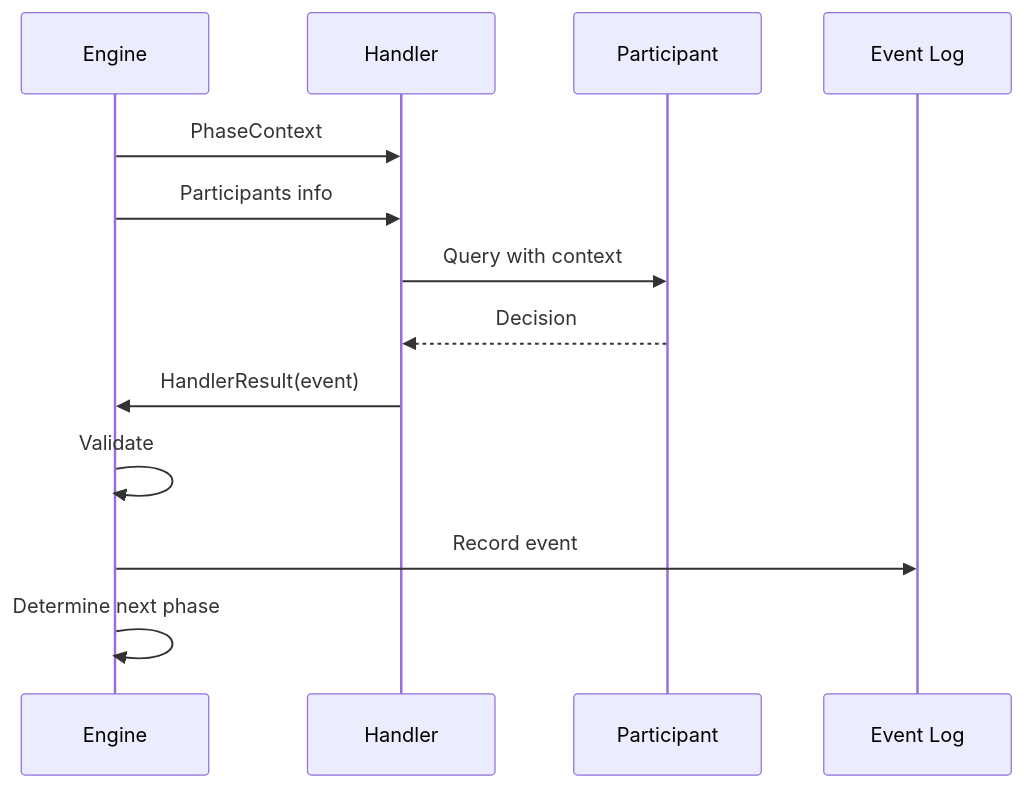
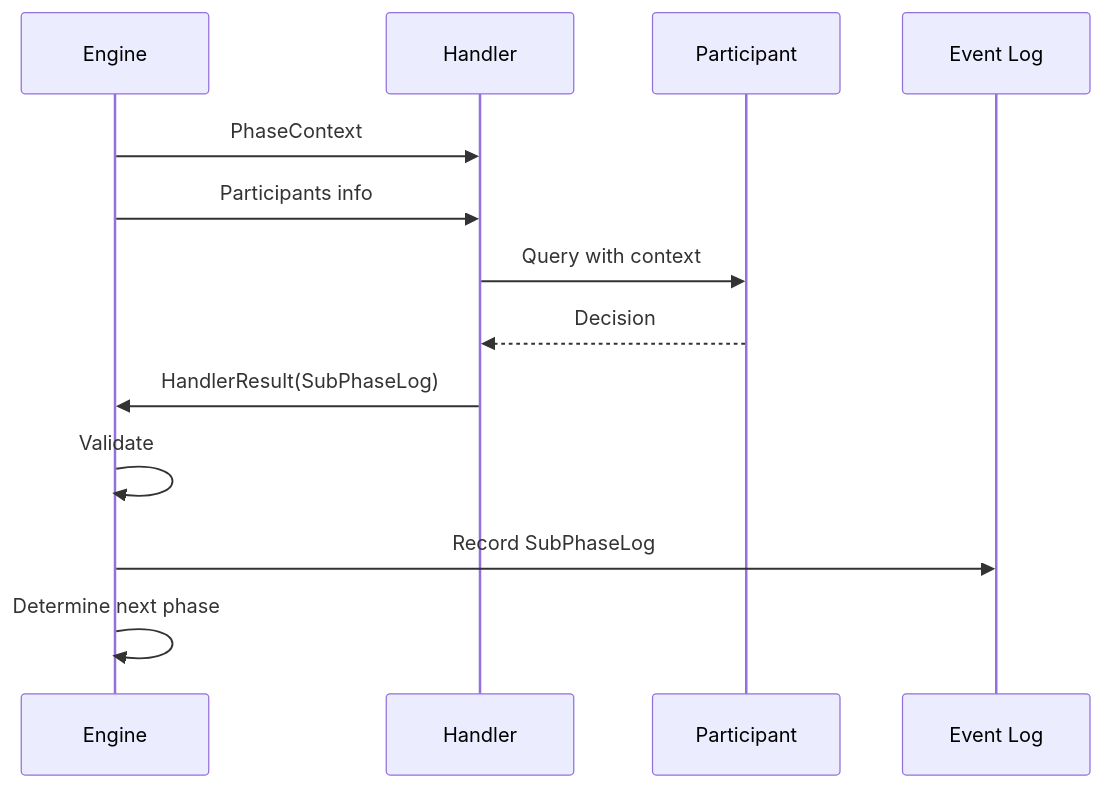
Before and after one commit to JerryAZR/werewolf-ai: the third of 3 diagrams in PHASE_HANDLERS.md, drawn with Mermaid. The commit also changed other lines of this file and 2 other files, not shown here.

First line of the commit message:
refactor: consolidate death handling and update handler interface

````diff
--- a/PHASE_HANDLERS.md
+++ b/PHASE_HANDLERS.md
@@ -595,19 +456,19 @@
 ```mermaid
 sequenceDiagram
     participant E as Engine
     participant H as Handler
     participant P as Participant
     participant EL as Event Log
 
     E->>H: PhaseContext
     E->>H: Participants info
 
     H->>P: Query with context
     P-->>H: Decision
 
-    H->>E: HandlerResult(event)
+    H->>E: HandlerResult(SubPhaseLog)
 
     E->>E: Validate
-    E->>EL: Record event
+    E->>EL: Record SubPhaseLog
     E->>E: Determine next phase
 ```
````
